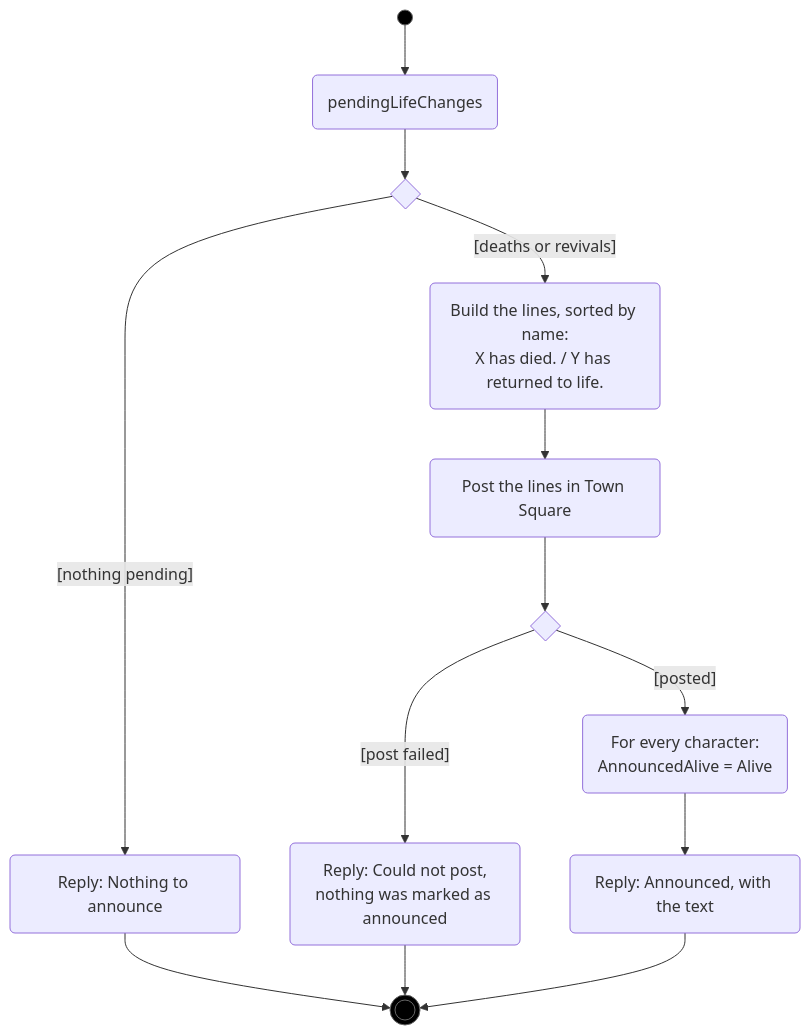
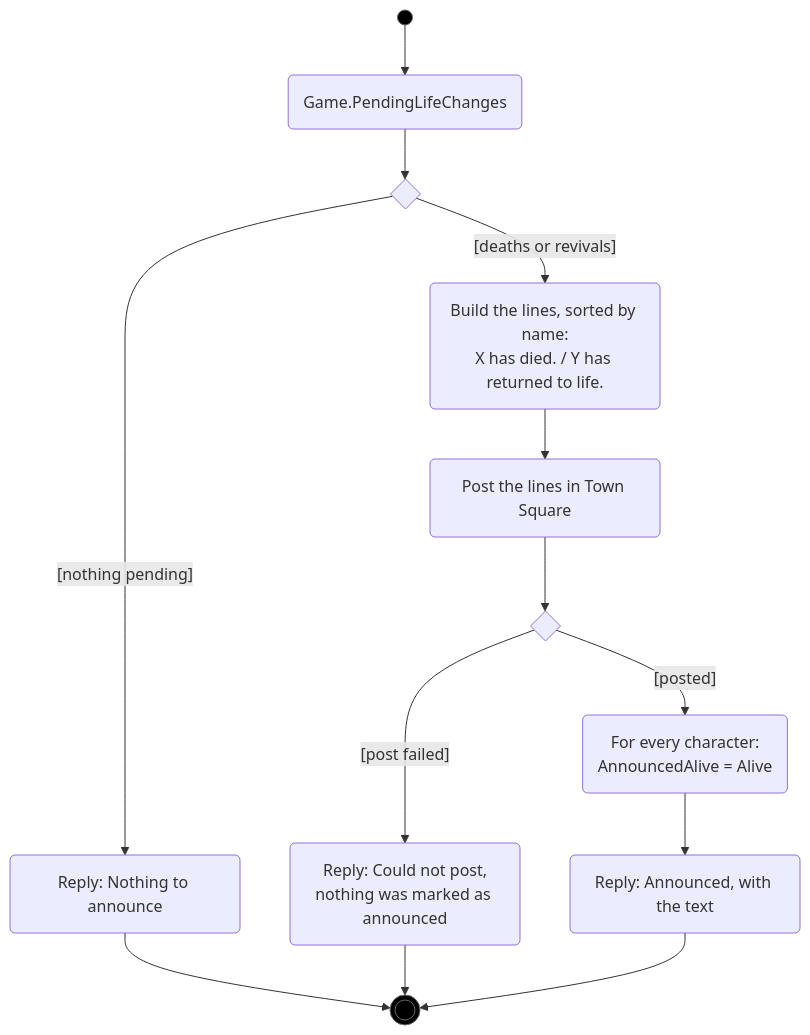
One commit to RAGNOARAKNOS/BotOnTheClocktower changed the fifth of 9 diagrams in docs/uml/characters.md. Above: the diagram before and after it, drawn with Mermaid. The commit also changed other lines of this file and 33 other files, not shown here.

````diff
--- a/docs/uml/characters.md
+++ b/docs/uml/characters.md
@@ -124,18 +124,18 @@
 ```mermaid
 flowchart TD
-    start((" ")):::initial --> pend("pendingLifeChanges")
+    start((" ")):::initial --> pend("Game.PendingLifeChanges")
     pend --> d1{" "}
     d1 -->|"[nothing pending]"| none("Reply: Nothing to announce")
     d1 -->|"[deaths or revivals]"| build("Build the lines, sorted by name:<br/>X has died. / Y has returned to life.")
     build --> post("Post the lines in Town Square")
     post --> d2{" "}
     d2 -->|"[post failed]"| fail("Reply: Could not post,<br/>nothing was marked as announced")
     d2 -->|"[posted]"| mark("For every character:<br/>AnnouncedAlive = Alive")
     mark --> ok("Reply: Announced, with the text")
     none --> done(((" "))):::final
     fail --> done
     ok --> done
 
     classDef initial fill:#000,stroke:#666
     classDef final fill:#000,stroke:#666
 ```
````
